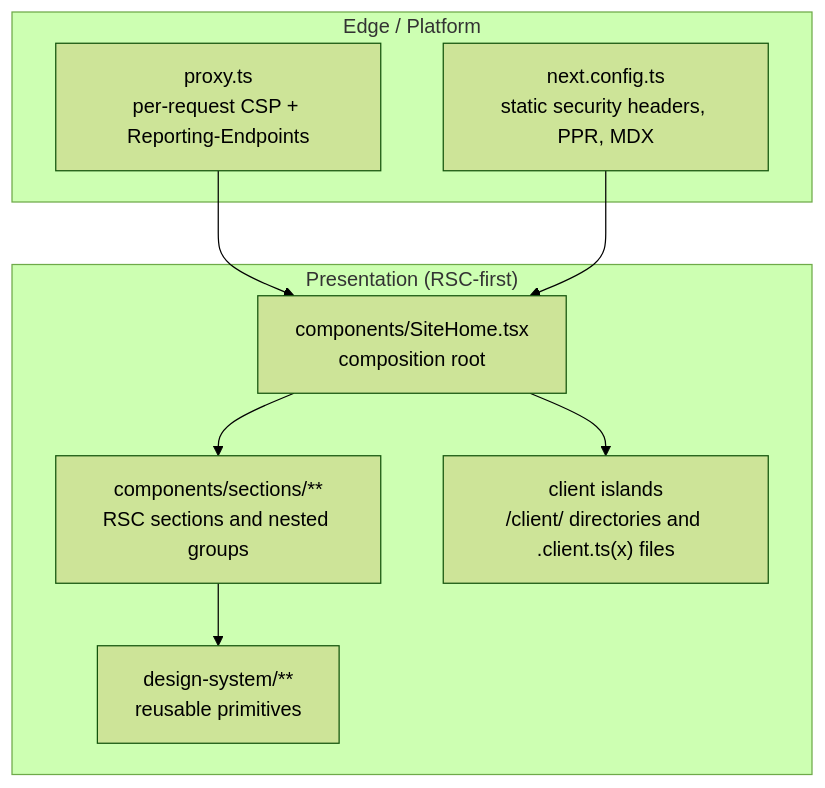
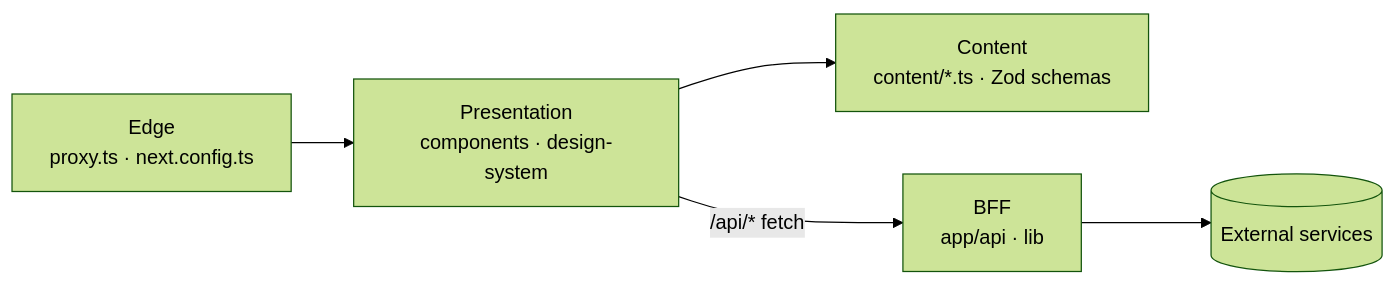
One commit to erikunha/portfolio changed the first of 5 diagrams in docs/01-architecture.md. Above: the diagram before and after it, drawn with Mermaid (forest theme). The commit also changed other lines of this file, not shown here.

First line of the commit message:
docs(architecture): split the architecture diagrams into small single-flow views

````diff
--- a/docs/01-architecture.md
+++ b/docs/01-architecture.md
@@ -17,17 +15,7 @@
 ```mermaid
-flowchart TB
-    subgraph edge["Edge / Platform"]
-        proxy["proxy.ts<br/>per-request CSP + Reporting-Endpoints"]
-        cfg["next.config.ts<br/>static security headers, PPR, MDX"]
-    end
-    subgraph present["Presentation (RSC-first)"]
-        page["components/SiteHome.tsx<br/>composition root"]
-        sections["components/sections/**<br/>RSC sections and nested groups"]
-        islands["client islands<br/>/client/ directories and .client.ts(x) files"]
-        ds["design-system/**<br/>reusable primitives"]
-    end
-    proxy --> page
-    cfg --> page
-    page --> sections --> ds
-    page --> islands
+flowchart LR
+    edge["Edge<br/>proxy.ts · next.config.ts"] --> pres["Presentation<br/>components · design-system"]
+    pres --> content["Content<br/>content/*.ts · Zod schemas"]
+    pres -->|"/api/* fetch"| bff["BFF<br/>app/api · lib"]
+    bff --> ext[("External services")]
 ```
````
